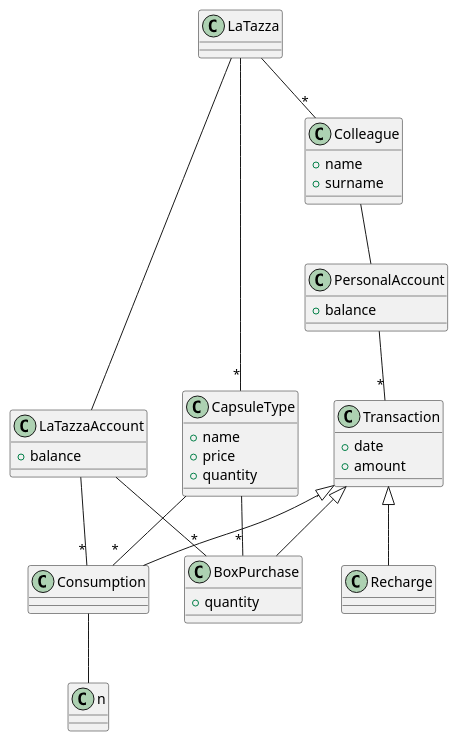
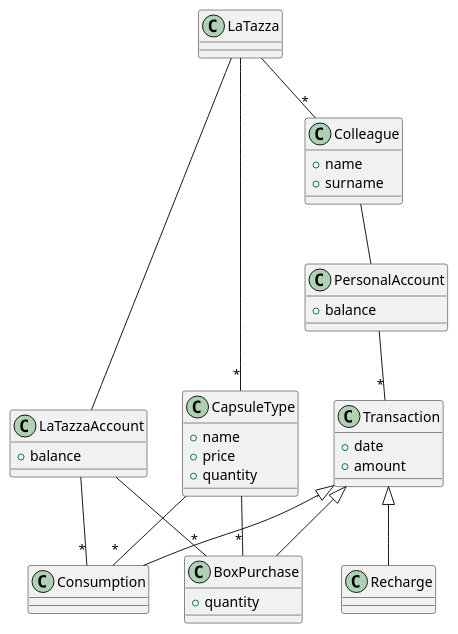
Before and after one commit to salvatore-dimartino/LaTazza: the third of 5 diagrams in Official Requirements Document.md, drawn with PlantUML.

Commit message:
Update Official Requirements Document.md

````diff
--- a/Official Requirements Document.md
+++ b/Official Requirements Document.md
@@ -198,53 +198,52 @@
 ```plantuml
 class LaTazza
 class Colleague {
 + name
 + surname
 }
 
 class PersonalAccount {
 + balance
 }
 
 class CapsuleType {
 + name
 + price
 + quantity
 }
 
 class LaTazzaAccount {
 + balance
 }
 
 class BoxPurchase {
 + quantity
 }
 
 class Transaction {
 + date
 + amount
 }
 
 class Recharge
 class Consumption
 
 
 LaTazza -- "*" Colleague
 LaTazza -- "*" CapsuleType
 LaTazza -- LaTazzaAccount
 
 LaTazzaAccount -- "*" BoxPurchase
 LaTazzaAccount -- "*" Consumption
 
 CapsuleType -- "*" Consumption
 CapsuleType -- "*" BoxPurchase
 
 Colleague -- PersonalAccount
 PersonalAccount -- "*" Transaction
 
 Transaction <|-- Recharge
 Transaction <|-- Consumption
 Transaction <|-- BoxPurchase
 
-Consumption -- n
 ```
````
